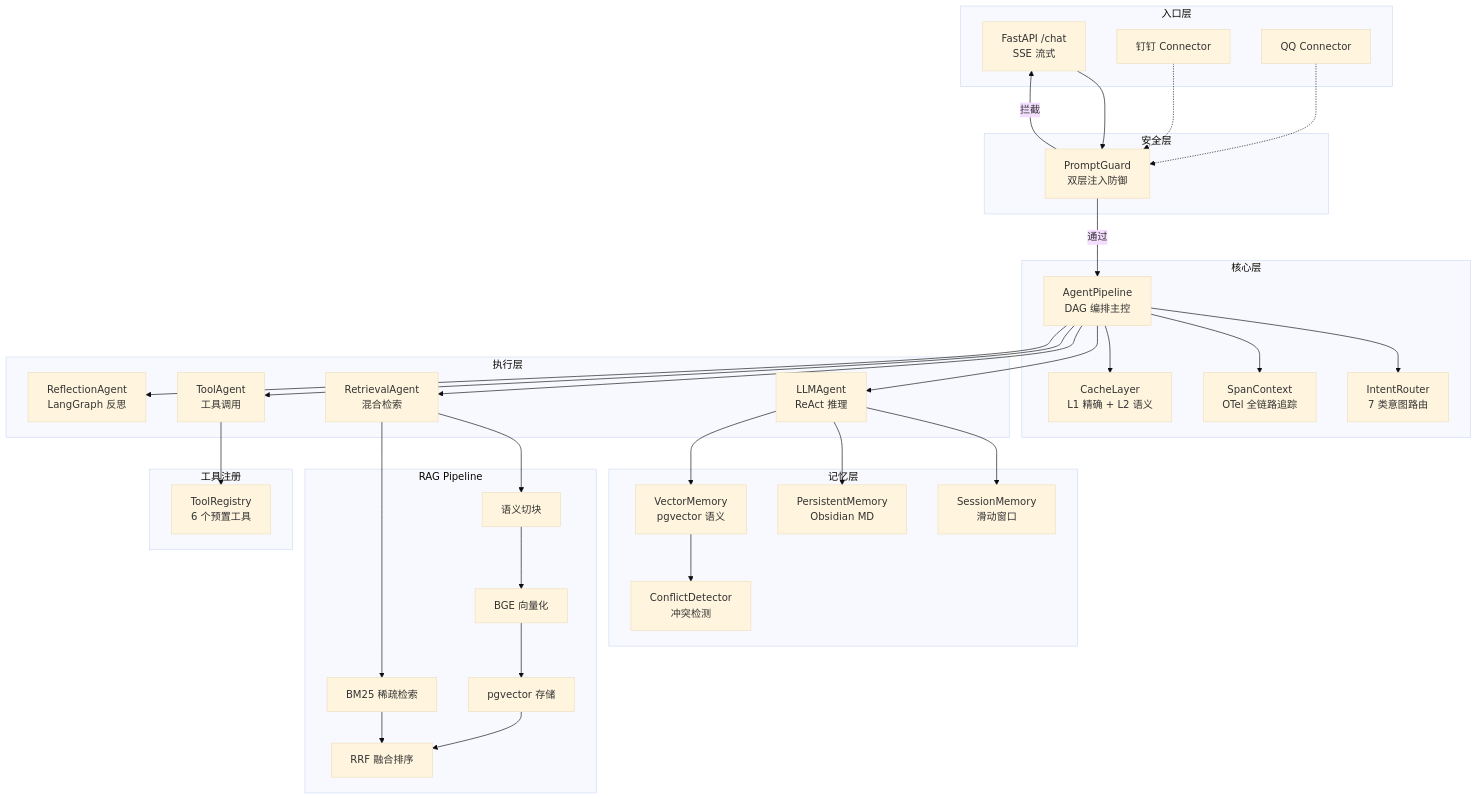
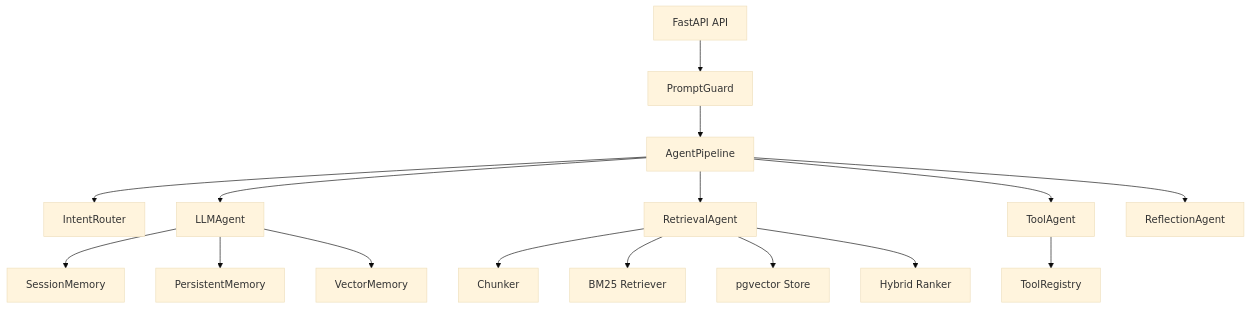
Before and after one commit to adamhuang17/MACIOS: the diagram in README.md, drawn with Mermaid (base theme). The commit also changed other lines of this file, not shown here.

````diff
--- a/README.md
+++ b/README.md
@@ -31,72 +56,22 @@
 ```mermaid
 graph TD
-    subgraph 入口层
-        API["FastAPI /chat<br/>SSE 流式"]
-        DingTalk["钉钉 Connector"]
-        QQ["QQ Connector"]
-    end
+    API[FastAPI API] --> Guard[PromptGuard]
+    Guard --> Pipeline[AgentPipeline]
 
-    subgraph 安全层
-        Guard["PromptGuard<br/>双层注入防御"]
-    end
+    Pipeline --> Router[IntentRouter]
+    Pipeline --> LLM[LLMAgent]
+    Pipeline --> RAG[RetrievalAgent]
+    Pipeline --> Tool[ToolAgent]
+    Pipeline --> Reflect[ReflectionAgent]
 
-    subgraph 核心层
-        Pipeline["AgentPipeline<br/>DAG 编排主控"]
-        Router["IntentRouter<br/>7 类意图路由"]
-        Tracer["SpanContext<br/>OTel 全链路追踪"]
-        Cache["CacheLayer<br/>L1 精确 + L2 语义"]
-    end
+    LLM --> Session[SessionMemory]
+    LLM --> Persistent[PersistentMemory]
+    LLM --> Vector[VectorMemory]
 
-    subgraph 执行层
-        LLM["LLMAgent<br/>ReAct 推理"]
-        RAG["RetrievalAgent<br/>混合检索"]
-        Tool["ToolAgent<br/>工具调用"]
-        Reflect["ReflectionAgent<br/>LangGraph 反思"]
-    end
+    RAG --> Chunker[Chunker]
+    RAG --> Sparse[BM25 Retriever]
+    RAG --> Store[pgvector Store]
+    RAG --> Ranker[Hybrid Ranker]
 
-    subgraph 记忆层
-        Session["SessionMemory<br/>滑动窗口"]
-        Persistent["PersistentMemory<br/>Obsidian MD"]
-        Vector["VectorMemory<br/>pgvector 语义"]
-        Conflict["ConflictDetector<br/>冲突检测"]
-    end
-
-    subgraph RAG Pipeline
-        Chunker["语义切块"]
-        Embedder["BGE 向量化"]
-        VStore["pgvector 存储"]
-        BM25["BM25 稀疏检索"]
-        Ranker["RRF 融合排序"]
-    end
-
-    subgraph 工具注册
-        Registry["ToolRegistry<br/>6 个预置工具"]
-    end
-
-    API --> Guard
-    DingTalk -.-> Guard
-    QQ -.-> Guard
-    Guard -->|通过| Pipeline
-    Guard -->|拦截| API
-
-    Pipeline --> Router
-    Pipeline --> Tracer
-    Pipeline --> Cache
-    Pipeline --> LLM
-    Pipeline --> RAG
-    Pipeline --> Tool
-    Pipeline --> Reflect
-
-    LLM --> Session
-    LLM --> Persistent
-    LLM --> Vector
-    Vector --> Conflict
-    Tool --> Registry
-
-    RAG --> Chunker
-    Chunker --> Embedder
-    Embedder --> VStore
-    RAG --> BM25
-    VStore --> Ranker
-    BM25 --> Ranker
+    Tool --> Registry[ToolRegistry]
 ```
````
